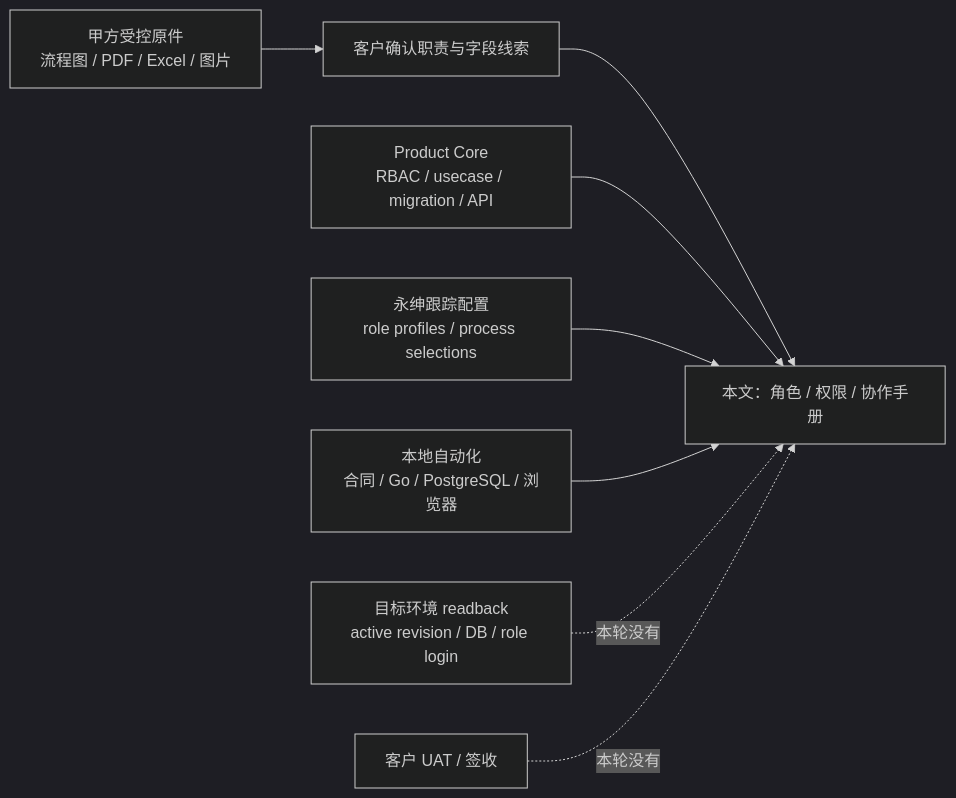
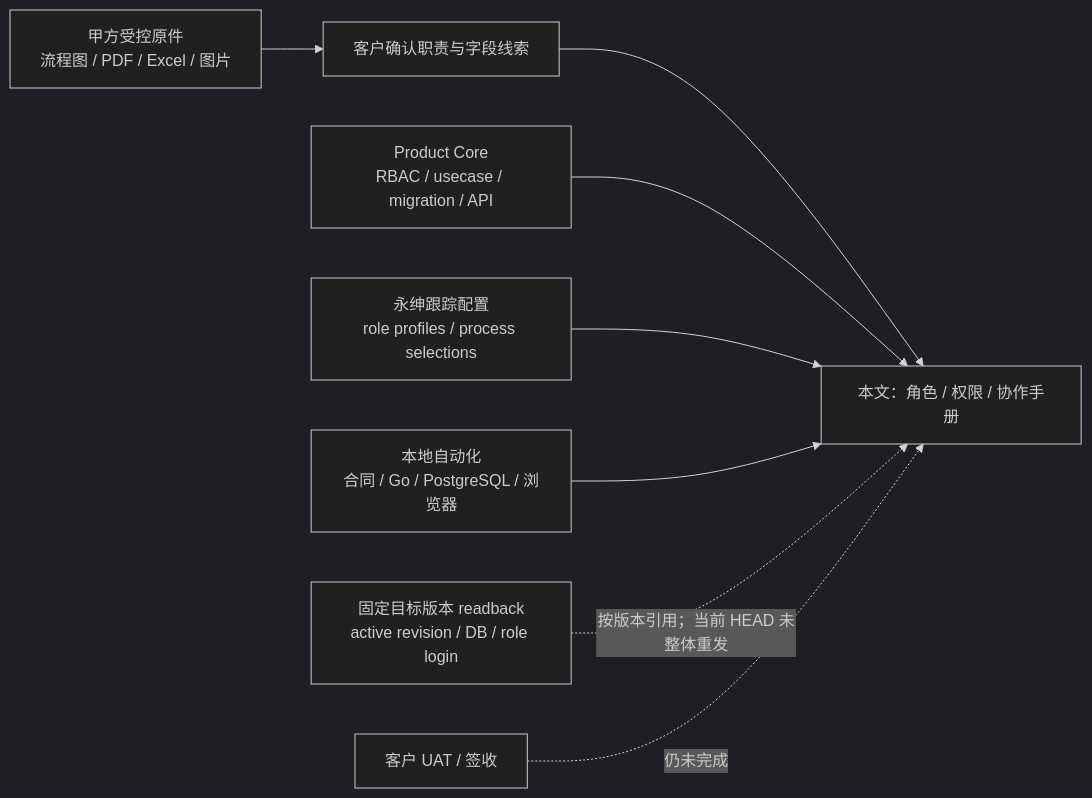
One commit to saurick/plush-toy-erp changed the first of 17 diagrams in docs/customers/yoyoosun/角色能力与流程矩阵.md. Above: the diagram before and after it, drawn with Mermaid (dark theme). The commit also changed other lines of this file and 163 other files, not shown here.

````diff
--- a/docs/customers/yoyoosun/角色能力与流程矩阵.md
+++ b/docs/customers/yoyoosun/角色能力与流程矩阵.md
@@ -70,10 +71,10 @@
 ```mermaid
 flowchart LR
   client["甲方受控原件<br/>流程图 / PDF / Excel / 图片"] --> requirements["客户确认职责与字段线索"]
   requirements --> handbook["本文：角色 / 权限 / 协作手册"]
   core["Product Core<br/>RBAC / usecase / migration / API"] --> handbook
   config["永绅跟踪配置<br/>role profiles / process selections"] --> handbook
   tests["本地自动化<br/>合同 / Go / PostgreSQL / 浏览器"] --> handbook
-  runtime["目标环境 readback<br/>active revision / DB / role login"] -. "本轮没有" .-> handbook
-  uat["客户 UAT / 签收"] -. "本轮没有" .-> handbook
+  runtime["固定目标版本 readback<br/>active revision / DB / role login"] -. "按版本引用；当前 HEAD 未整体重发" .-> handbook
+  uat["客户 UAT / 签收"] -. "仍未完成" .-> handbook
 ```
````
